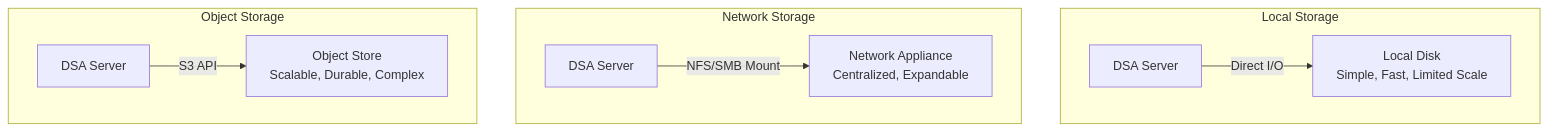
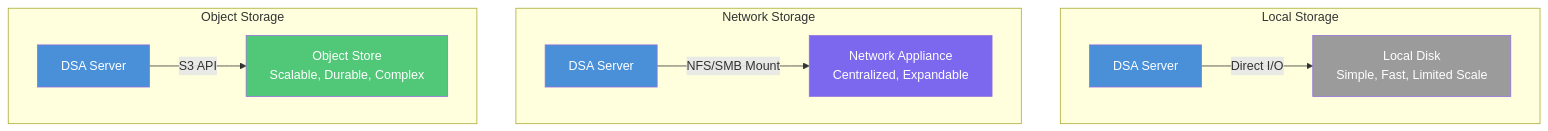
One commit to Kentucky-Open-Science/BDSA_Setup_Documentation changed the third of 5 diagrams in README.md. Above: the diagram before and after it, drawn with Mermaid. The commit also changed other lines of this file, not shown here.

Commit message:
move the architecture diagrams

````diff
--- a/README.md
+++ b/README.md
@@ -793,12 +506,19 @@
 ```mermaid
 graph TD
     subgraph Local Storage
         A1[DSA Server] -->|Direct I/O| A2[Local Disk<br>Simple, Fast, Limited Scale]
     end
     subgraph Network Storage
         B1[DSA Server] -->|NFS/SMB Mount| B2[Network Appliance<br>Centralized, Expandable]
     end
     subgraph Object Storage
         C1[DSA Server] -->|S3 API| C2[Object Store<br>Scalable, Durable, Complex]
     end
+
+    style A1 fill:#4A90D9,color:#fff
+    style A2 fill:#9B9B9B,color:#fff
+    style B1 fill:#4A90D9,color:#fff
+    style B2 fill:#7B68EE,color:#fff
+    style C1 fill:#4A90D9,color:#fff
+    style C2 fill:#50C878,color:#fff
 ```
````
